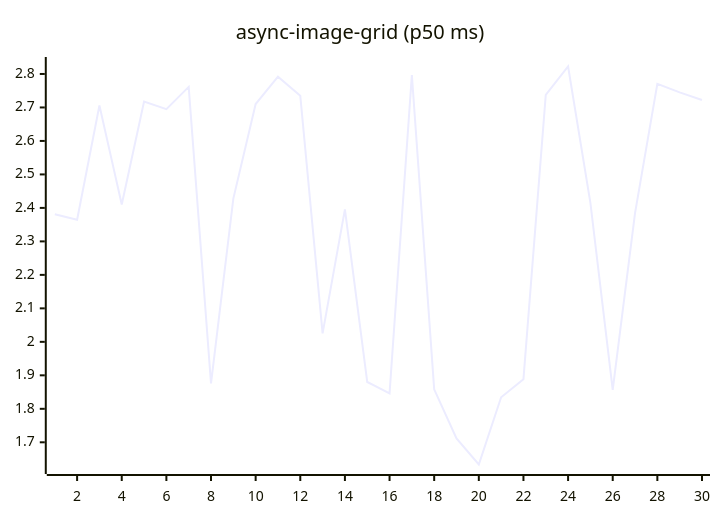
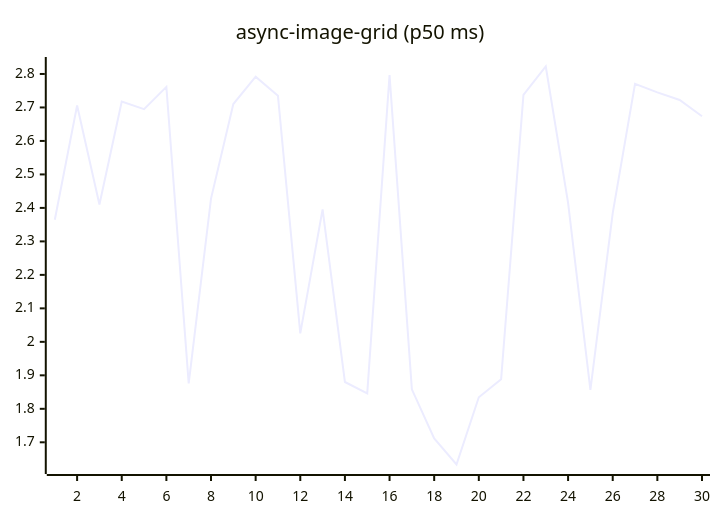
Before and after one commit to josha/Facet: the fifth of 27 diagrams in README.md, drawn with Mermaid. The commit also changed other lines of this file and 2 other files, not shown here.

````diff
--- a/README.md
+++ b/README.md
@@ -91,6 +91,6 @@
 ```mermaid
 xychart-beta
     title "async-image-grid (p50 ms)"
     x-axis 1 --> 30
-    line [2.3810, 2.3646, 2.7059, 2.4103, 2.7175, 2.6949, 2.7614, 1.8756, 2.4277, 2.7103, 2.7919, 2.7346, 2.0254, 2.3955, 1.8801, 1.8461, 2.7970, 1.8583, 1.7113, 1.6337, 1.8346, 1.8885, 2.7375, 2.8223, 2.4153, 1.8565, 2.3845, 2.7705, 2.7451, 2.7222]
+    line [2.3646, 2.7059, 2.4103, 2.7175, 2.6949, 2.7614, 1.8756, 2.4277, 2.7103, 2.7919, 2.7346, 2.0254, 2.3955, 1.8801, 1.8461, 2.7970, 1.8583, 1.7113, 1.6337, 1.8346, 1.8885, 2.7375, 2.8223, 2.4153, 1.8565, 2.3845, 2.7705, 2.7451, 2.7222, 2.6737]
 ```
````
